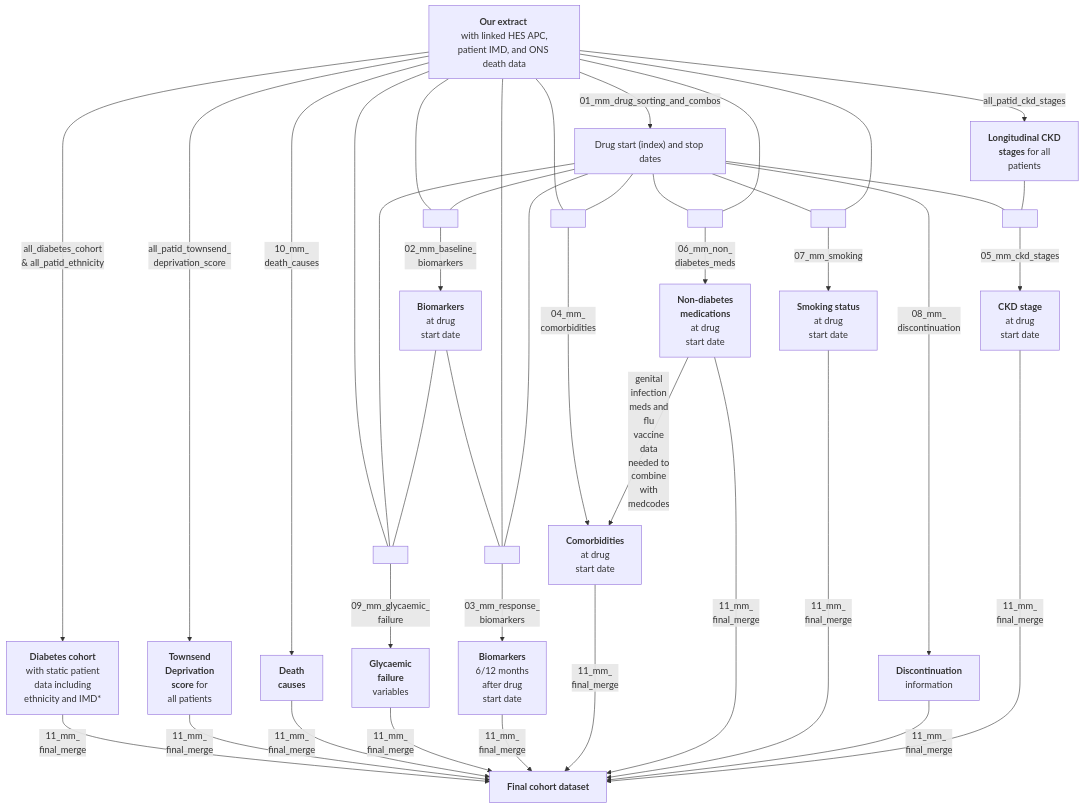
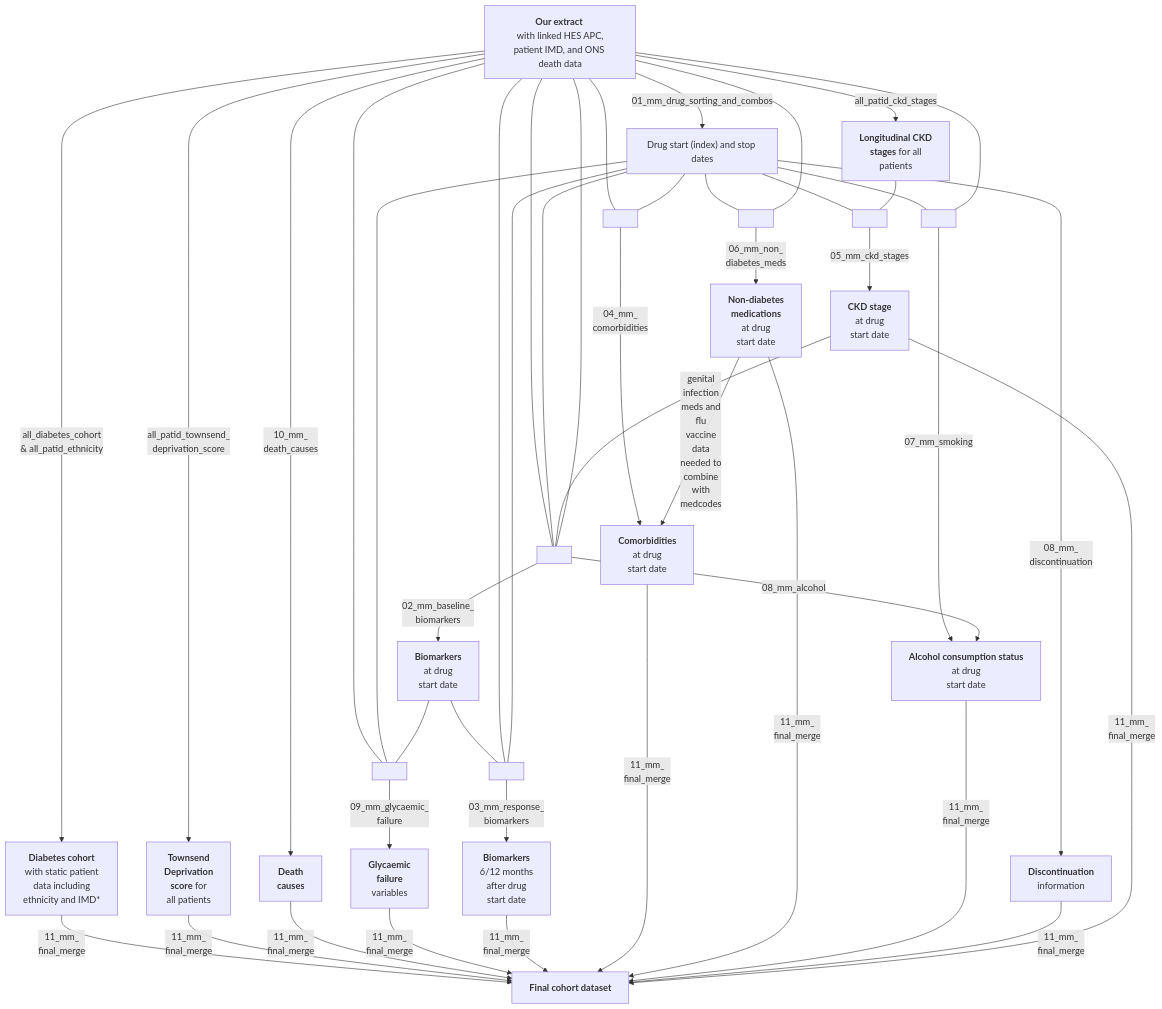
Before and after one commit to Exeter-Diabetes/CPRD-Cohort-scripts: the diagram in 03-Treatment-response-(MASTERMIND)/README.md, drawn with Mermaid.

````diff
--- a/03-Treatment-response-(MASTERMIND)/README.md
+++ b/03-Treatment-response-(MASTERMIND)/README.md
@@ -20,54 +20,58 @@
 ```mermaid
 graph TD;
     A["<b>Our extract</b> <br> with linked HES APC, patient IMD, and ONS death data"] --> |"all_diabetes_cohort <br> & all_patid_ethnicity"|B["<b>Diabetes cohort<br></b> with static patient <br>data including <br>ethnicity and IMD*"]
     A-->|"all_patid_townsend_<br>deprivation_score"|N["<b>Townsend<br> Deprivation<br>score</b> for<br> all patients"]
     A-->|"10_mm_<br>death_causes"|O["<b>Death<br>causes</b>"]
     A-->|"01_mm_drug_sorting_and_combos"|H["Drug start (index) and stop dates"]
 
     A---P[ ]:::empty
     H---P
     E---P
     P-->|"09_mm_glycaemic_<br>failure"|Q["<b>Glycaemic<br>failure</b><br>variables"]
 
     A---Y[ ]:::empty
     H---Y
     Y-->|"02_mm_baseline_<br>biomarkers"|E["<b>Biomarkers</b> <br> at drug <br> start date"]
 
     E---T[ ]:::empty
     A---T
     H---T
     T-->|"03_mm_response_<br>biomarkers"|L["<b>Biomarkers</b> <br> 6/12 months <br> after drug <br>start date"]
     
     A---W[ ]:::empty
     H---W
     W-->|"04_mm_<br>comorbidities"|F["<b>Comorbidities</b> <br> at drug <br> start date"]
     
     H---U[ ]:::empty
     A---U
     U-->|"06_mm_non_<br>diabetes_meds"|M["<b>Non-diabetes <br>medications</b> <br> at drug <br> start date"]
     
     M-->|"genital<br>infection<br>meds and<br>flu<br>vaccine<br>data<br>needed to<br>combine<br>with<br>medcodes"|F
     
     H---X[ ]:::empty
     A---X
     X-->|"07_mm_smoking"|G["<b>Smoking status</b> <br> at drug <br> start date"]
     
     H-->|"08_mm_<br>discontinuation"|V["<b>Discontinuation</b><br> information"]
-    
+
+    I---Y[ ]:::empty
+    A---Y
+    Y-->|"08_mm_alcohol"|G["<b>Alcohol consumption status</b> <br> at drug <br> start date"]
+ 
     A-->|"all_patid_ckd_stages"|C["<b>Longitudinal CKD <br> stages</b> for all <br> patients"]
     H---Z[ ]:::empty
     C---Z
     Z-->|"05_mm_ckd_stages"|I["<b>CKD stage </b> <br> at drug <br> start date"]
     
     
     B-->|"11_mm_<br>final_merge"|J["<b>Final cohort dataset</b>"]
     N-->|"11_mm_<br>final_merge"|J
     O-->|"11_mm_<br>final_merge"|J
     Q-->|"11_mm_<br>final_merge"|J
     L-->|"11_mm_<br>final_merge"|J
     F-->|"11_mm_<br>final_merge"|J
     M-->|"11_mm_<br>final_merge"|J  
     G-->|"11_mm_<br>final_merge"|J
     V-->|"11_mm_<br>final_merge"|J
     I-->|"11_mm_<br>final_merge"|J  
 ```
````
